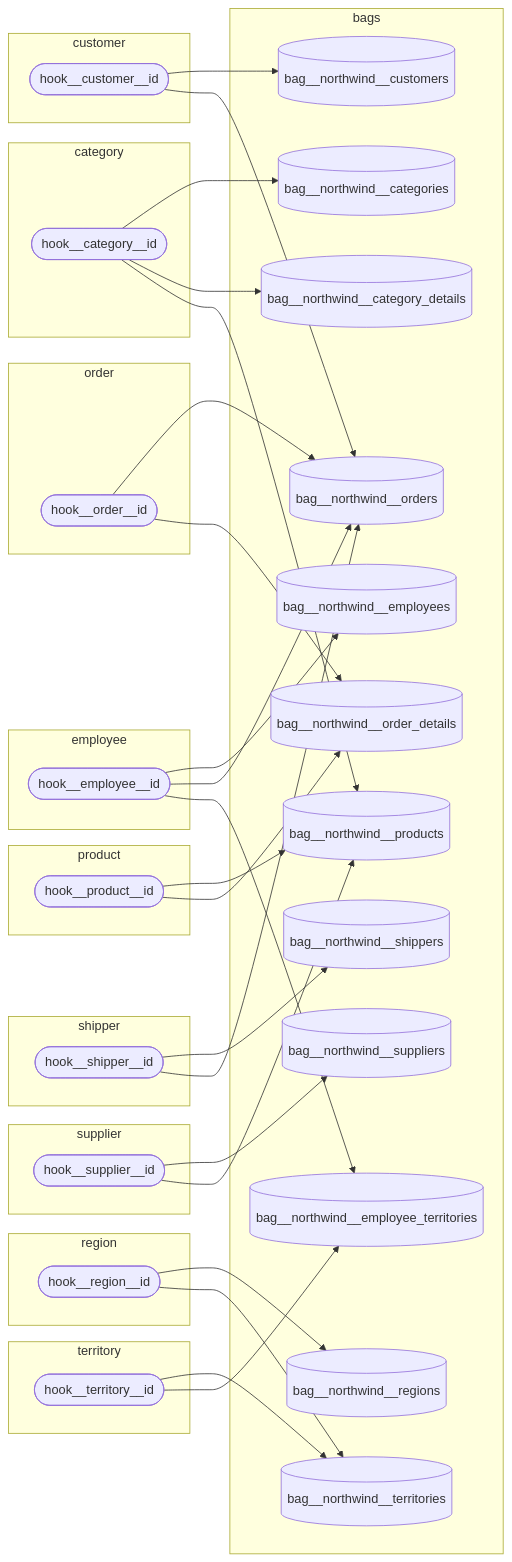
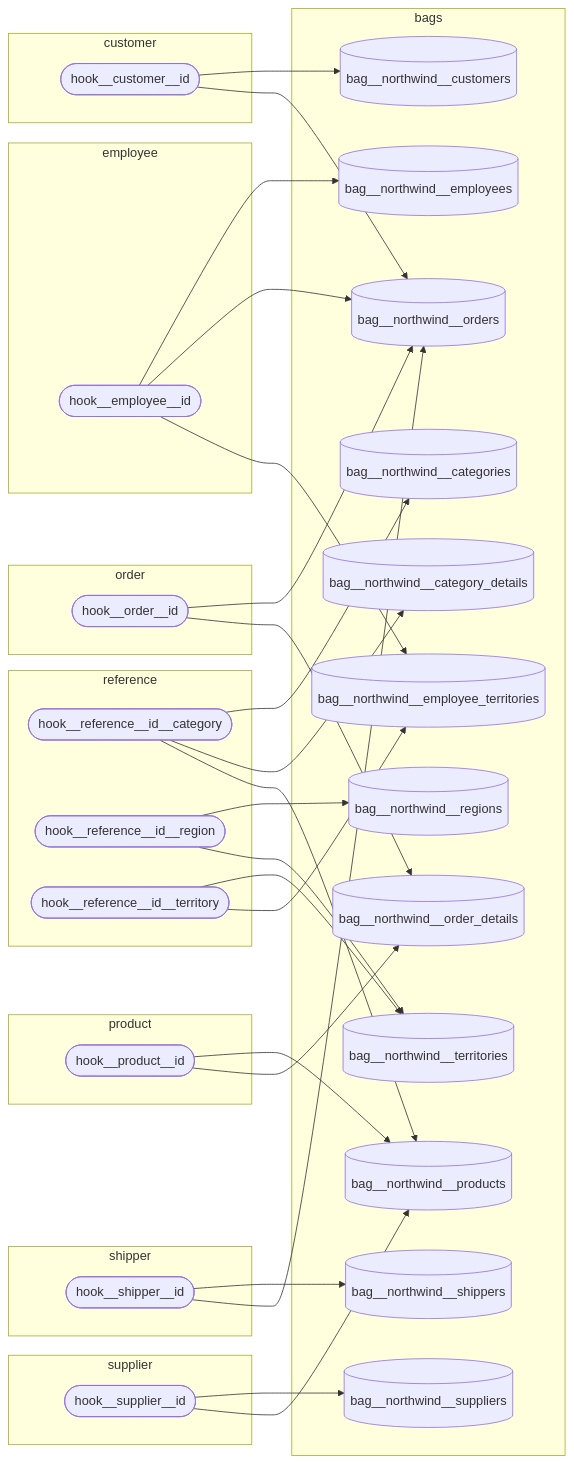
One commit to mattiasthalen/obsidian-insights changed the third of 4 diagrams in README.md. Above: the diagram before and after it, drawn with Mermaid. The commit also changed 13 other files, not shown here.

````diff
--- a/README.md
+++ b/README.md
@@ -78,8 +78,10 @@
 ```mermaid
 flowchart LR
 
-    subgraph category
-        hook__category__id(["hook__category__id"])
+    subgraph reference
+        hook__reference__id__category(["hook__reference__id__category"])
+        hook__reference__id__region(["hook__reference__id__region"])
+        hook__reference__id__territory(["hook__reference__id__territory"])
     end
     
     subgraph customer
@@ -97,10 +99,7 @@
     subgraph product
         hook__product__id(["hook__product__id"])
     end
-    
-    subgraph region
-        hook__region__id(["hook__region__id"])
-    end
+
 
     subgraph shipper
         hook__shipper__id(["hook__shipper__id"])
@@ -109,16 +108,13 @@
     subgraph supplier
         hook__supplier__id(["hook__supplier__id"])
     end
-    
-    subgraph territory
-        hook__territory__id(["hook__territory__id"])
-    end
 
     subgraph bags
         bag__northwind__categories[("bag__northwind__categories")]
         bag__northwind__category_details[("bag__northwind__category_details")]
         bag__northwind__customers[("bag__northwind__customers")]
         bag__northwind__employees[("bag__northwind__employees")]
+        bag__northwind__employee_territories[("bag__northwind__employee_territories")]
         bag__northwind__orders[("bag__northwind__orders")]
         bag__northwind__order_details[("bag__northwind__order_details")]
         bag__northwind__products[("bag__northwind__products")]
@@ -126,12 +122,11 @@
         bag__northwind__shippers[("bag__northwind__shippers")]
         bag__northwind__suppliers[("bag__northwind__suppliers")]
         bag__northwind__territories[("bag__northwind__territories")]
-        bag__northwind__employee_territories[("bag__northwind__employee_territories")]
     end
 
-    hook__category__id --> bag__northwind__categories
-    hook__category__id --> bag__northwind__category_details
-    hook__category__id --> bag__northwind__products
+    hook__reference__id__category --> bag__northwind__categories
+    hook__reference__id__category --> bag__northwind__category_details
+    hook__reference__id__category --> bag__northwind__products
 
     hook__customer__id -->  bag__northwind__customers
     hook__customer__id -->  bag__northwind__orders
@@ -146,8 +141,8 @@
     hook__product__id --> bag__northwind__products
     hook__product__id --> bag__northwind__order_details
 
-    hook__region__id -->  bag__northwind__regions
-    hook__region__id --> bag__northwind__territories
+    hook__reference__id__region -->  bag__northwind__regions
+    hook__reference__id__region --> bag__northwind__territories
 
     hook__shipper__id --> bag__northwind__shippers
     hook__shipper__id --> bag__northwind__orders
@@ -155,6 +150,6 @@
     hook__supplier__id --> bag__northwind__suppliers
     hook__supplier__id --> bag__northwind__products
 
-    hook__territory__id --> bag__northwind__territories
-    hook__territory__id -->  bag__northwind__employee_territories
+    hook__reference__id__territory --> bag__northwind__territories
+    hook__reference__id__territory -->  bag__northwind__employee_territories
 ```
````
